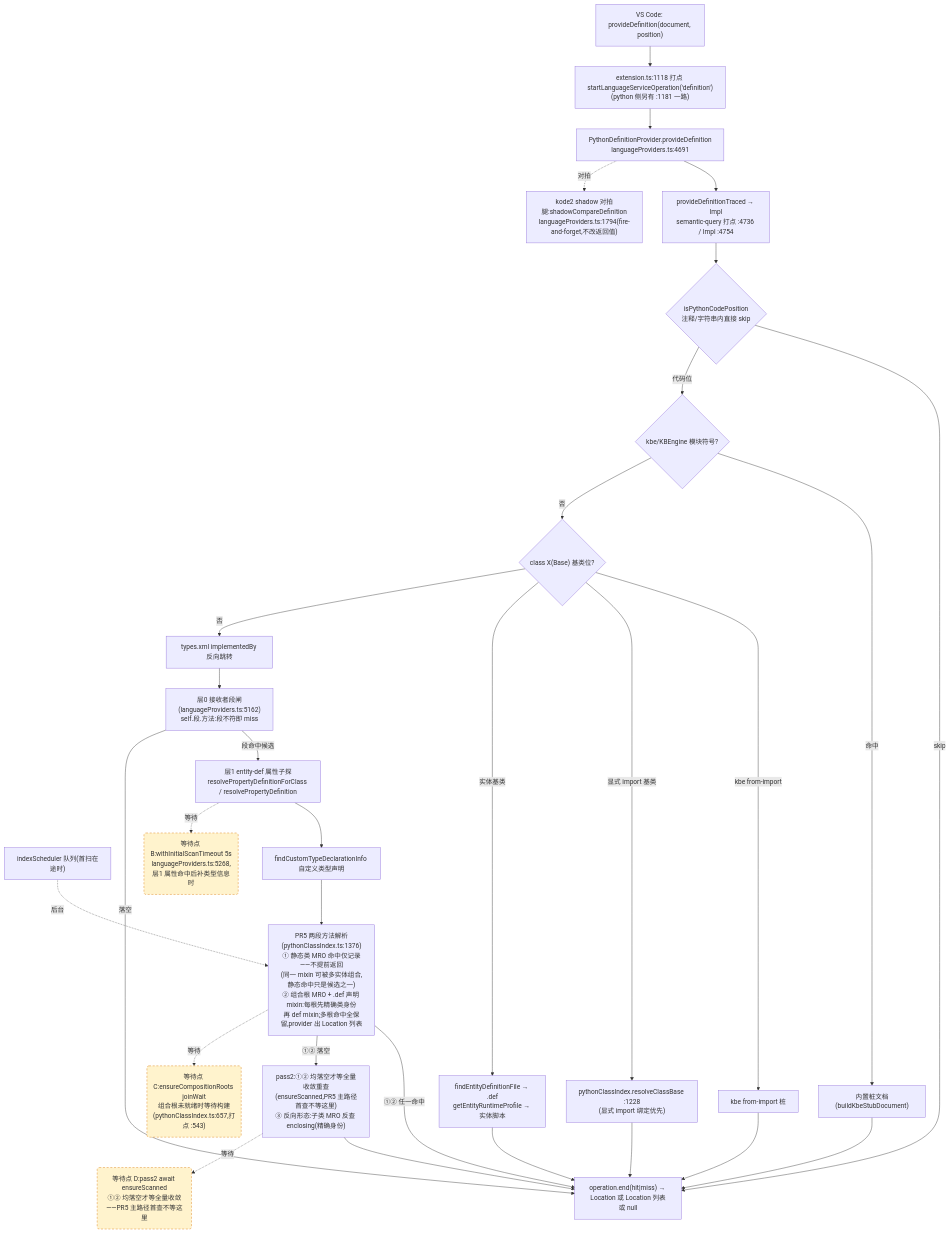
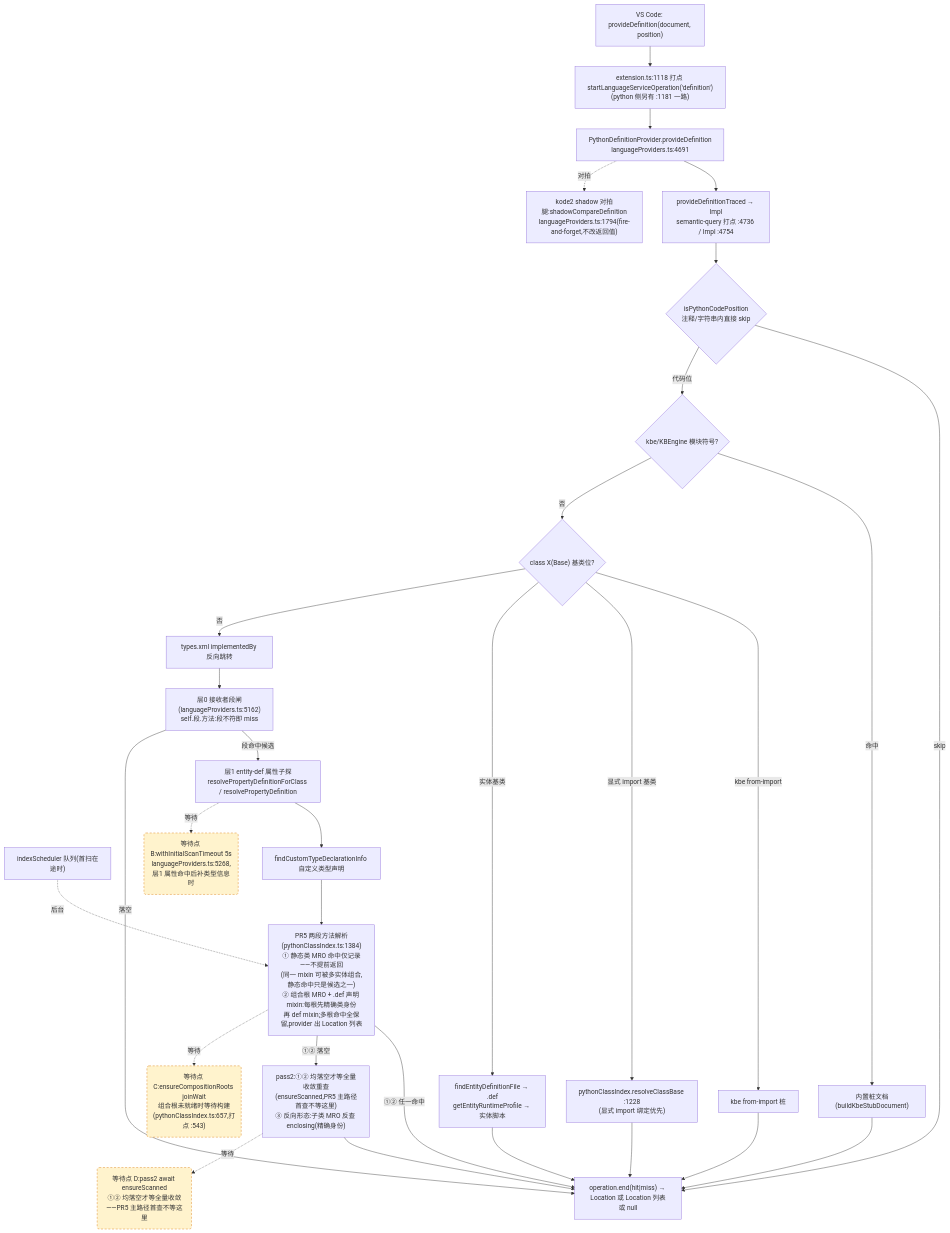
One commit to cuihairu/kode changed the second of 4 diagrams in docs/perf/2026-baseline.md. Above: the diagram before and after it, drawn with Mermaid. The commit also changed 45 other files, not shown here.

````diff
--- a/docs/perf/2026-baseline.md
+++ b/docs/perf/2026-baseline.md
@@ -130,51 +130,51 @@
 ```mermaid
 flowchart TD
   VC2["VS Code: provideDefinition(document, position)"]
   M2["extension.ts:1118 打点 startLanguageServiceOperation('definition')<br/>(python 侧另有 :1181 一路)"]
   AD2["PythonDefinitionProvider.provideDefinition<br/>languageProviders.ts:4691"]
   TR["provideDefinitionTraced → Impl<br/>semantic-query 打点 :4736 / Impl :4754"]
   CTX{"isPythonCodePosition<br/>注释/字符串内直接 skip"}
   KBE{"kbe/KBEngine 模块符号?"}
   STUB["内置桩文档(buildKbeStubDocument)"]
   CB{"class X(Base) 基类位?"}
   CB1["kbe from-import 桩"]
   CB2["pythonClassIndex.resolveClassBase :1228<br/>(显式 import 绑定优先)"]
   CB3["findEntityDefinitionFile → .def<br/>getEntityRuntimeProfile → 实体脚本"]
   REV["types.xml implementedBy 反向跳转"]
   L0["层0 接收者段闸(languageProviders.ts:5162)<br/>self.段.方法:段不符即 miss"]
   L1["层1 entity-def 属性子探<br/>resolvePropertyDefinitionForClass / resolvePropertyDefinition"]
   SCAN["indexScheduler 队列(首扫在途时)"]
   TY["findCustomTypeDeclarationInfo 自定义类型声明"]
-  MRO["PR5 两段方法解析(pythonClassIndex.ts:1376)<br/>① 静态类 MRO 命中仅记录——不提前返回<br/>(同一 mixin 可被多实体组合,静态命中只是候选之一)<br/>② 组合根 MRO + .def 声明 mixin:每根先精确类身份<br/>再 def mixin;多根命中全保留,provider 出 Location 列表"]
+  MRO["PR5 两段方法解析(pythonClassIndex.ts:1384)<br/>① 静态类 MRO 命中仅记录——不提前返回<br/>(同一 mixin 可被多实体组合,静态命中只是候选之一)<br/>② 组合根 MRO + .def 声明 mixin:每根先精确类身份<br/>再 def mixin;多根命中全保留,provider 出 Location 列表"]
   PASS2["pass2:①② 均落空才等全量收敛重查<br/>(ensureScanned,PR5 主路径首查不等这里)<br/>③ 反向形态:子类 MRO 反查 enclosing(精确身份)"]
   SHD["kode2 shadow 对拍腿:shadowCompareDefinition<br/>languageProviders.ts:1794(fire-and-forget,不改返回值)"]
   END2["operation.end(hit|miss) → Location 或 Location 列表或 null"]
 
   VC2 --> M2 --> AD2 --> TR --> CTX
   CTX -- "skip" --> END2
   CTX -- "代码位" --> KBE
   KBE -- "命中" --> STUB --> END2
   KBE -- "否" --> CB
   CB -- "kbe from-import" --> CB1 --> END2
   CB -- "显式 import 基类" --> CB2 --> END2
   CB -- "实体基类" --> CB3 --> END2
   CB -- "否" --> REV --> L0
   L0 -- "段命中候选" --> L1
   L0 -- "落空" --> END2
   L1 --> TY
   TY --> MRO
   MRO -- "①② 任一命中" --> END2
   MRO -- "①② 落空" --> PASS2 --> END2
   AD2 -.->|对拍| SHD
 
   WAITB("等待点 B:withInitialScanTimeout 5s<br/>languageProviders.ts:5268,层1 属性命中后补类型信息时")
   WAITC("等待点 C:ensureCompositionRoots joinWait<br/>组合根未就绪时等待构建(pythonClassIndex.ts:657,打点 :543)")
   WAITD("等待点 D:pass2 await ensureScanned<br/>①② 均落空才等全量收敛——PR5 主路径首查不等这里")
   L1 -.->|等待| WAITB
   MRO -.->|等待| WAITC
   PASS2 -.->|等待| WAITD
   SCAN -.->|后台| MRO
 
   classDef waitPoint fill:#fff3cd,stroke:#d97706,stroke-dasharray:5 4;
   class WAITB,WAITC,WAITD waitPoint;
 ```
````
